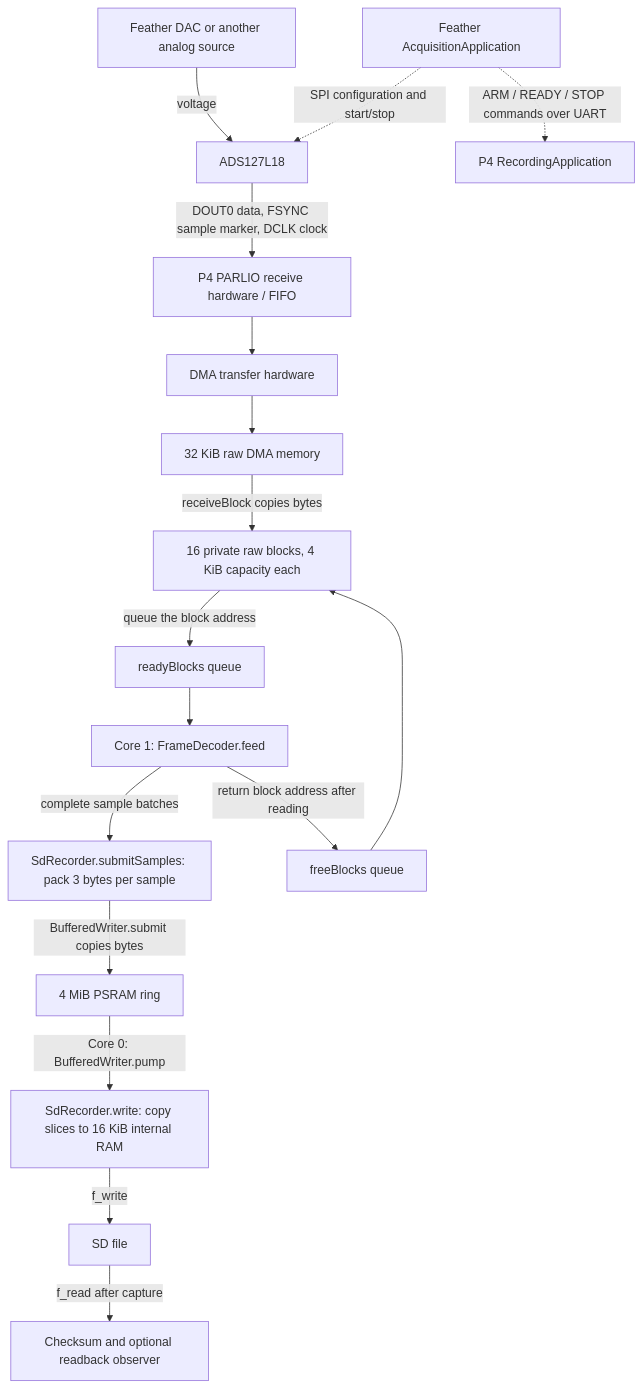
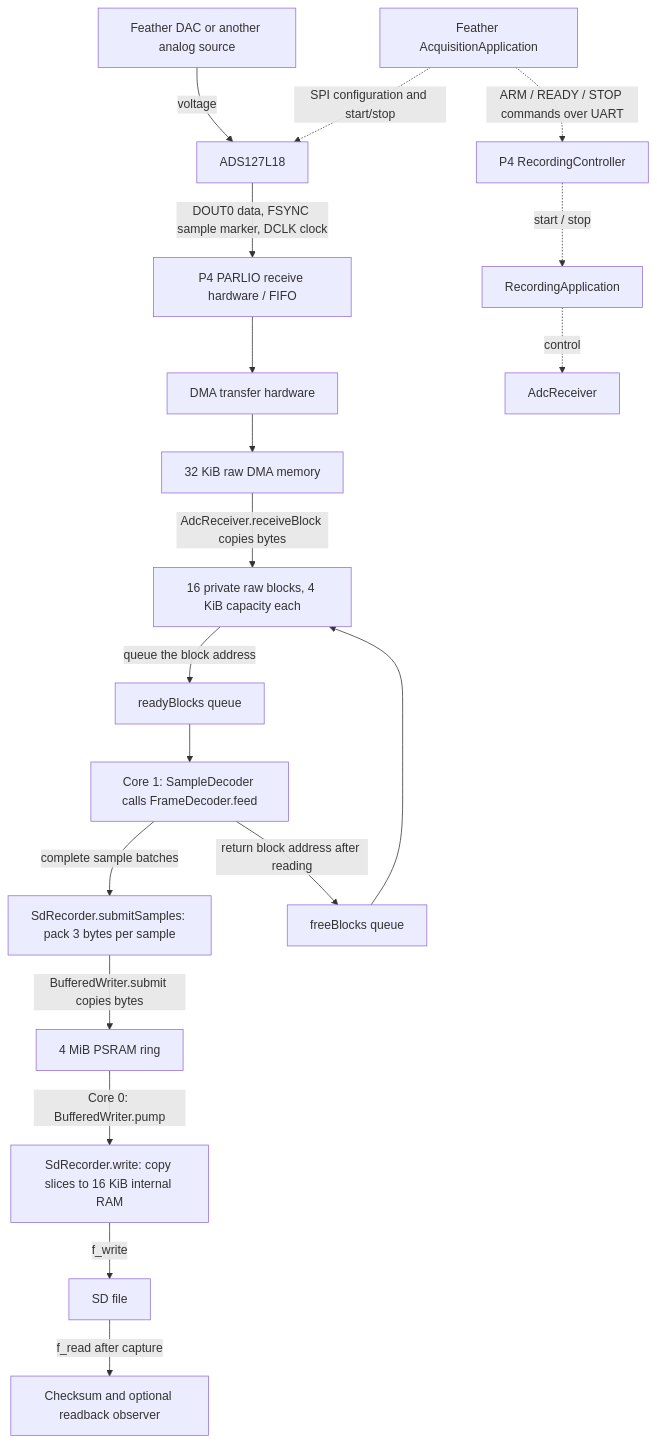
One commit to karlst/esp32Digitizer changed the diagram in docs/DATA-FLOW.md. Above: the diagram before and after it, drawn with Mermaid. The commit also changed other lines of this file and 149 other files, not shown here.

````diff
--- a/docs/DATA-FLOW.md
+++ b/docs/DATA-FLOW.md
@@ -8,19 +8,21 @@
 ```mermaid
 flowchart TD
     DAC[Feather DAC or another analog source] -->|voltage| ADC[ADS127L18]
     Feather[Feather AcquisitionApplication] -. SPI configuration and start/stop .-> ADC
-    Feather -. ARM / READY / STOP commands over UART .-> App[P4 RecordingApplication]
+    Feather -. ARM / READY / STOP commands over UART .-> Controller[P4 RecordingController]
+    Controller -. start / stop .-> App[RecordingApplication]
+    App -. control .-> Receiver[AdcReceiver]
     ADC -->|DOUT0 data, FSYNC sample marker, DCLK clock| PARLIO[P4 PARLIO receive hardware / FIFO]
     PARLIO --> DMA[DMA transfer hardware]
     DMA --> Raw[32 KiB raw DMA memory]
-    Raw -->|receiveBlock copies bytes| Private[16 private raw blocks, 4 KiB capacity each]
+    Raw -->|AdcReceiver.receiveBlock copies bytes| Private[16 private raw blocks, 4 KiB capacity each]
     Private -->|queue the block address| Ready[readyBlocks queue]
-    Ready --> Decode[Core 1: FrameDecoder.feed]
+    Ready --> Decode[Core 1: SampleDecoder calls FrameDecoder.feed]
     Decode -->|complete sample batches| Pack[SdRecorder.submitSamples: pack 3 bytes per sample]
     Pack -->|BufferedWriter.submit copies bytes| Ring[4 MiB PSRAM ring]
     Ring -->|Core 0: BufferedWriter.pump| Scratch[SdRecorder.write: copy slices to 16 KiB internal RAM]
     Scratch -->|f_write| SD[SD file]
     Decode -->|return block address after reading| Free[freeBlocks queue]
     Free --> Private
     SD -->|f_read after capture| Verify[Checksum and optional readback observer]
 ```
````
